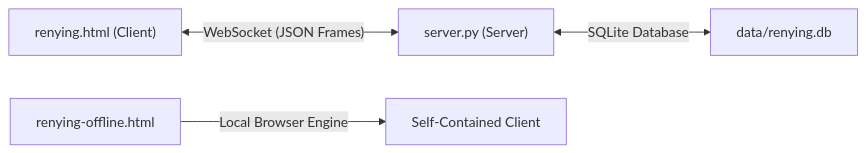
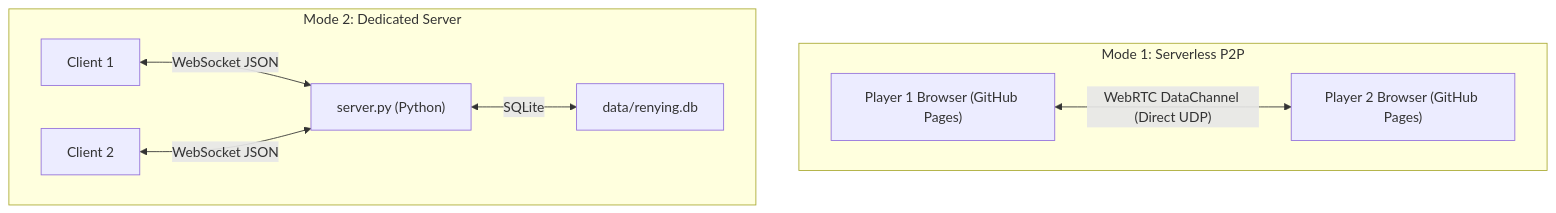
The diagram in readme.md (AMFI-Disable/RenYing), drawn with Mermaid before and after one commit. The commit also changed other lines of this file and 6 other files, not shown here.

````diff
--- a/readme.md
+++ b/readme.md
@@ -109,6 +110,11 @@
 ```mermaid
-flowchart LR
-    A["renying.html (Client)"] <-->|"WebSocket (JSON Frames)"| B["server.py (Server)"]
-    B <-->|"SQLite Database"| C["data/renying.db"]
-    D["renying-offline.html"] -->|"Local Browser Engine"| E["Self-Contained Client"]
+flowchart TD
+    subgraph Mode 1: Serverless P2P
+        P1["Player 1 Browser (GitHub Pages)"] <-->|"WebRTC DataChannel (Direct UDP)"| P2["Player 2 Browser (GitHub Pages)"]
+    end
+    subgraph Mode 2: Dedicated Server
+        C1["Client 1"] <-->|"WebSocket JSON"| S["server.py (Python)"]
+        C2["Client 2"] <-->|"WebSocket JSON"| S
+        S <-->|"SQLite"| DB["data/renying.db"]
+    end
 ```
````
